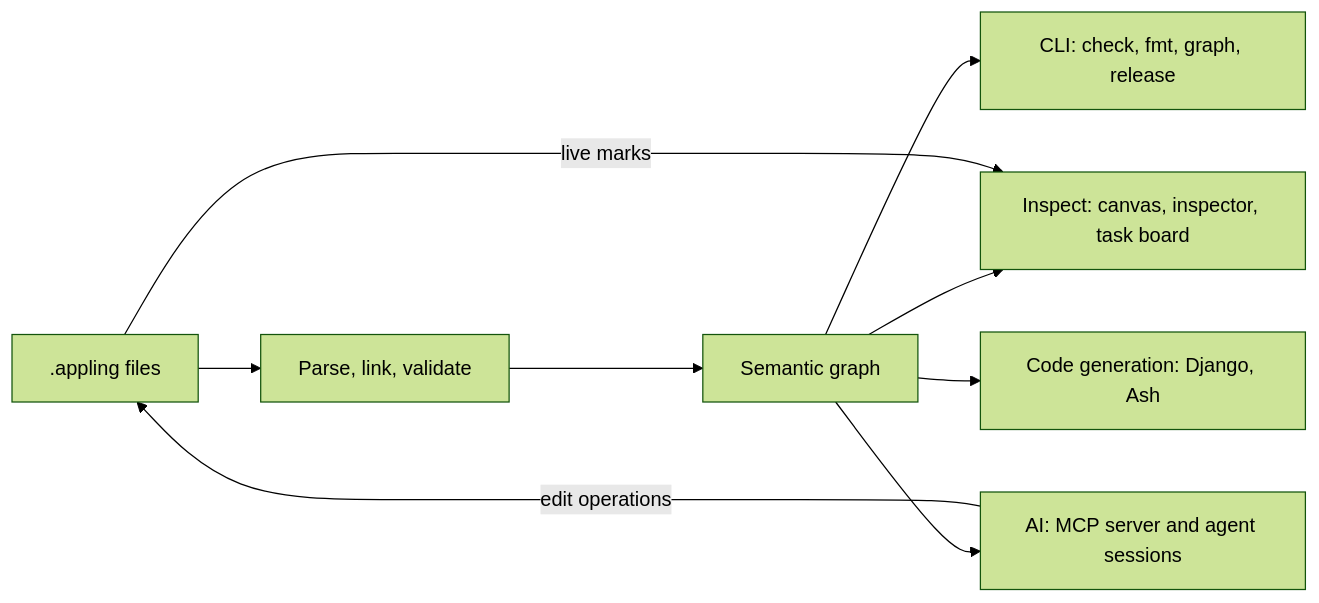
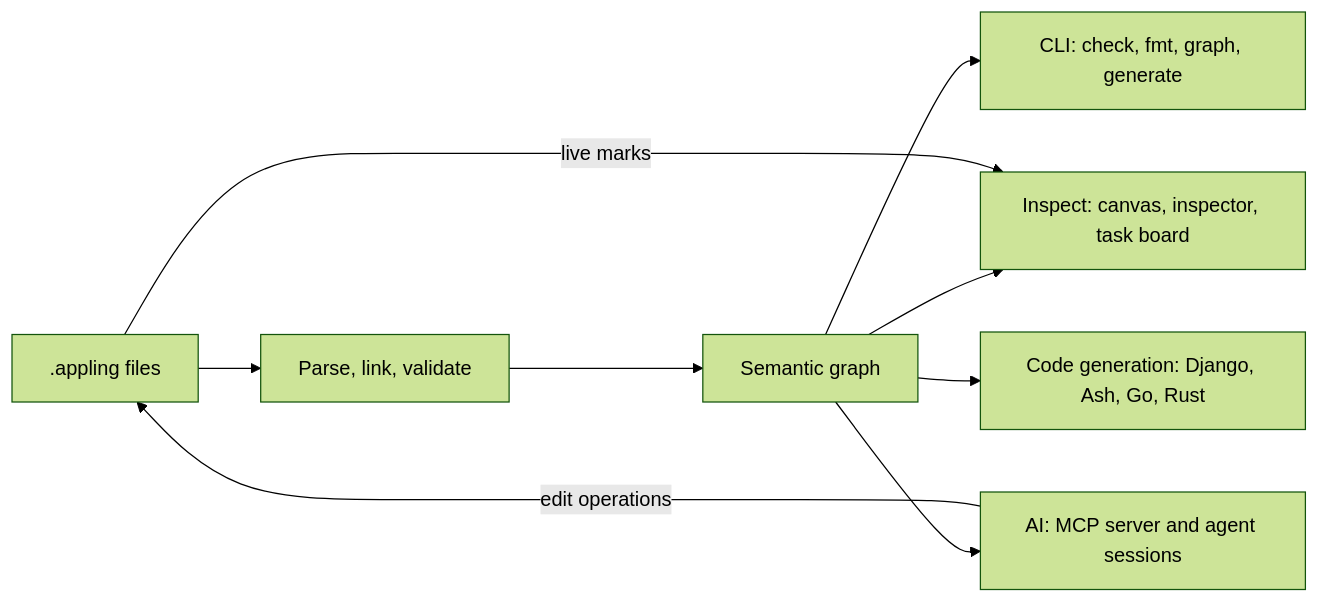
One commit to alex20465/appling changed the diagram in docs/index.md. Above: the diagram before and after it, drawn with Mermaid (forest theme). The commit also changed other lines of this file and 51 other files, not shown here.

````diff
--- a/docs/index.md
+++ b/docs/index.md
@@ -36,11 +46,11 @@
 ```mermaid
 flowchart LR
   text[".appling files"] --> lang["Parse, link, validate"]
   lang --> semantic["Semantic graph"]
-  semantic --> cli["CLI: check, fmt, graph, release"]
+  semantic --> cli["CLI: check, fmt, graph, generate"]
   semantic --> inspect["Inspect: canvas, inspector, task board"]
   semantic --> ai["AI: MCP server and agent sessions"]
-  semantic --> gen["Code generation: Django, Ash"]
+  semantic --> gen["Code generation: Django, Ash, Go, Rust"]
   ai -- "edit operations" --> text
   text -- "live marks" --> inspect
 ```
````
